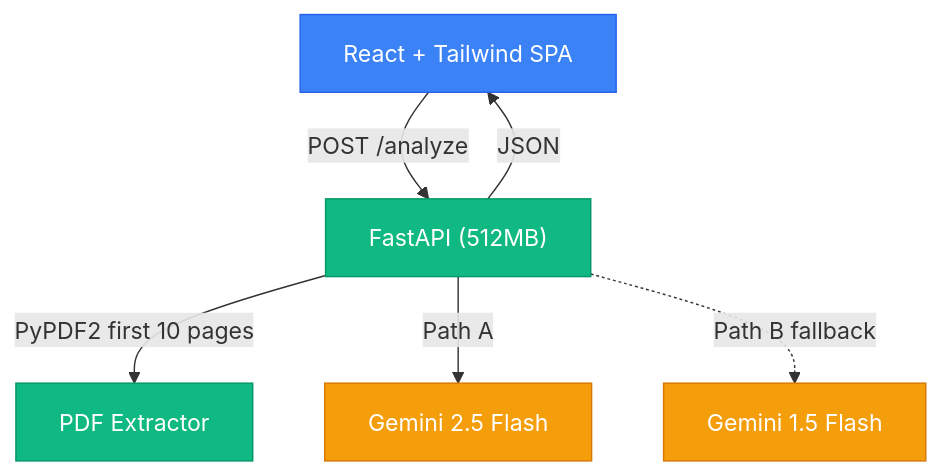
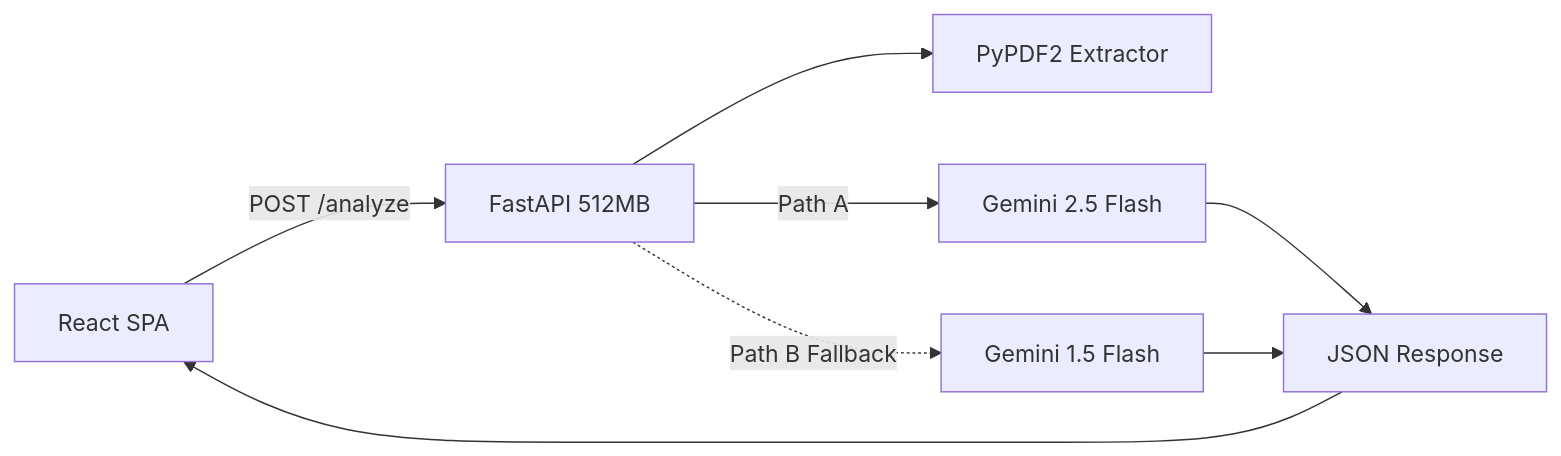
One commit to joe-ging/AI_Stock_Analyst changed the first of 2 diagrams in README.md. Above: the diagram before and after it, drawn with Mermaid. The commit also changed other lines of this file, not shown here.

Commit message:
docs: fix demo URL, simplify Mermaid diagrams for GitHub rendering, add LangGraph explanation

````diff
--- a/README.md
+++ b/README.md
@@ -36,16 +36,10 @@
 ```mermaid
-graph TD
-    classDef pres fill:#3b82f6,stroke:#2563eb,color:#fff
-    classDef svc fill:#10b981,stroke:#059669,color:#fff
-    classDef store fill:#f59e0b,stroke:#d97706,color:#fff
-
-    UI["React + Tailwind SPA"] -->|POST /analyze| FA["FastAPI (512MB)"]
-    FA -->|PyPDF2 first 10 pages| PDF["PDF Extractor"]
-    FA -->|Path A| G25["Gemini 2.5 Flash"]
-    FA -.->|Path B fallback| G15["Gemini 1.5 Flash"]
-    FA -->|JSON| UI
-
-    class UI pres
-    class FA,PDF svc
-    class G25,G15 store
+graph LR
+    A[React SPA] -->|POST /analyze| B[FastAPI 512MB]
+    B --> C[PyPDF2 Extractor]
+    B -->|Path A| D[Gemini 2.5 Flash]
+    B -.->|Path B Fallback| E[Gemini 1.5 Flash]
+    D --> F[JSON Response]
+    E --> F
+    F --> A
 ```
````
